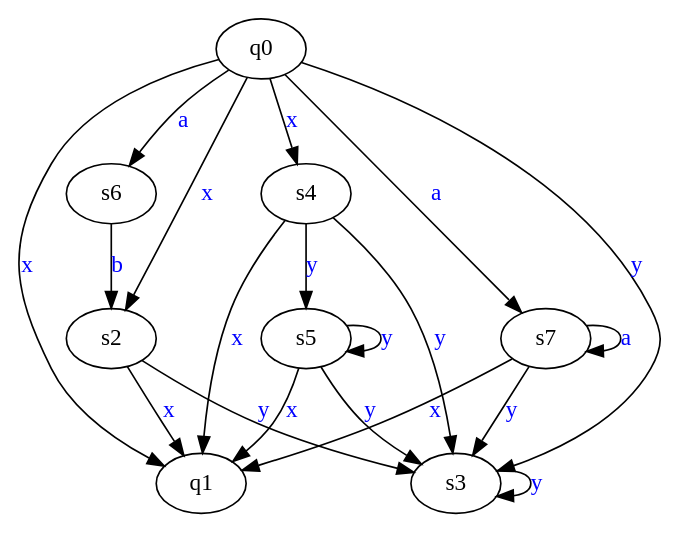
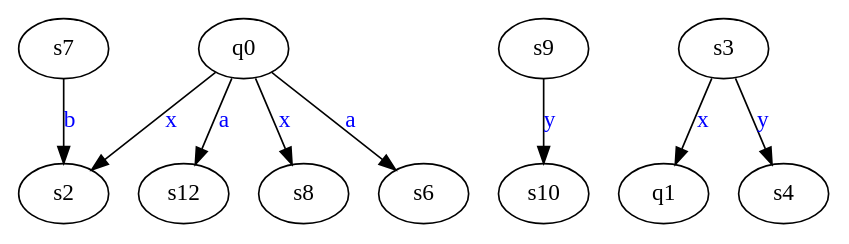
Before and after one commit to SmartPhoneJava/compiler-design: the diagram in assets/v3.dot, drawn with Graphviz. The commit also changed 29 other files, not shown here.

```diff
--- a/assets/v3.dot
+++ b/assets/v3.dot
@@ -1,30 +1,22 @@
 digraph G {
-	q0->s6[ label=<<font color="blue">a</font>> ];
-	q0->s2[ label=<<font color="blue">x</font>> ];
-	q0->q1[ label=<<font color="blue">x</font>> ];
-	s4->s3[ label=<<font color="blue">y</font>> ];
-	s4->q1[ label=<<font color="blue">x</font>> ];
-	s7->s3[ label=<<font color="blue">y</font>> ];
-	s7->s7[ label=<<font color="blue">a</font>> ];
-	s7->q1[ label=<<font color="blue">x</font>> ];
-	s4->s5[ label=<<font color="blue">y</font>> ];
-	s2->q1[ label=<<font color="blue">x</font>> ];
-	s2->s3[ label=<<font color="blue">y</font>> ];
-	s5->q1[ label=<<font color="blue">x</font>> ];
-	s5->s3[ label=<<font color="blue">y</font>> ];
-	s5->s5[ label=<<font color="blue">y</font>> ];
-	s6->s2[ label=<<font color="blue">b</font>> ];
-	q0->s3[ label=<<font color="blue">y</font>> ];
-	s3->s3[ label=<<font color="blue">y</font>> ];
-	q0->s4[ label=<<font color="blue">x</font>> ];
-	q0->s7[ label=<<font color="blue">a</font>> ];
-	q0;
-	q1;
-	s2;
-	s3;
-	s4;
-	s5;
-	s6;
-	s7;
+	"q0"->"s6"[ label=<<font color="blue">a</font>> ];
+	"q0"->"s2"[ label=<<font color="blue">x</font>> ];
+	"q0"->"s12"[ label=<<font color="blue">a</font>> ];
+	"q0"->"s8"[ label=<<font color="blue">x</font>> ];
+	"s7"->"s2"[ label=<<font color="blue">b</font>> ];
+	"s9"->"s10"[ label=<<font color="blue">y</font>> ];
+	"s3"->"q1"[ label=<<font color="blue">x</font>> ];
+	"s3"->"s4"[ label=<<font color="blue">y</font>> ];
+	"q0";
+	"q1";
+	"s10";
+	"s12";
+	"s2";
+	"s3";
+	"s4";
+	"s6";
+	"s7";
+	"s8";
+	"s9";
 
 }
```
